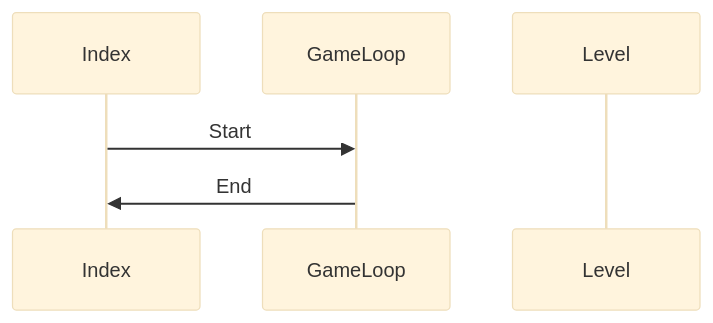
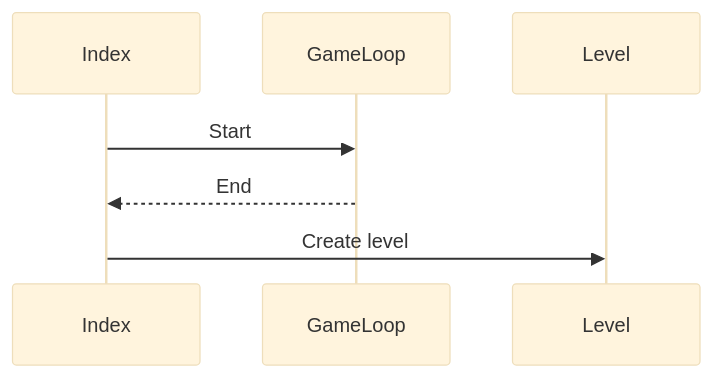
The second of 2 diagrams in dokumentaatio/arkkitehtuuri.md (AapoTuulentie/ot-harjoitusty-), drawn with Mermaid (base theme) before and after one commit.

````diff
--- a/dokumentaatio/arkkitehtuuri.md
+++ b/dokumentaatio/arkkitehtuuri.md
@@ -27,10 +27,11 @@
 ```mermaid
     sequenceDiagram
         
         participant Index
         participant GameLoop
         participant Level
         Index ->> GameLoop: Start
-        GameLoop ->> Index: End
+        GameLoop -->> Index: End
+        Index ->> Level: Create level
 
 ```
````
